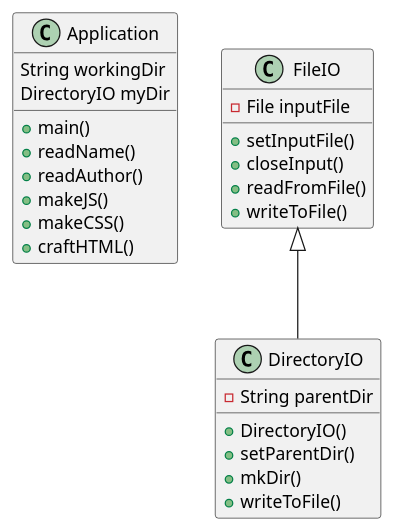
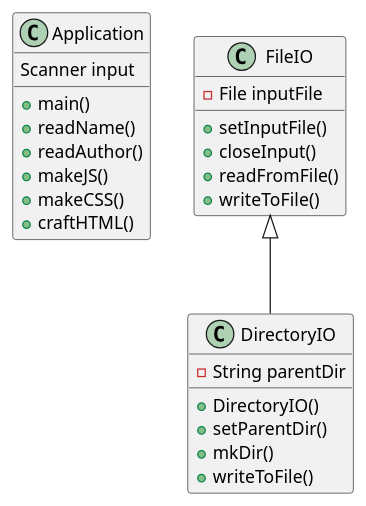
One commit to rharding8/harding-cop3330-assignment3 changed the diagram in src/main/java/ex43/base/ex43.puml. Above: the diagram before and after it, drawn with PlantUML. The commit also changed 26 other files, not shown here.

```diff
--- a/src/main/java/ex43/base/ex43.puml
+++ b/src/main/java/ex43/base/ex43.puml
@@ -1,33 +1,32 @@
 @startuml
 'https://plantuml.com/class-diagram
 
 class Application {
-    String workingDir
-    DirectoryIO myDir
+    Scanner input
     +main()
     +readName()
     +readAuthor()
     +makeJS()
     +makeCSS()
     +craftHTML()
 }
 
 class FileIO {
     -File inputFile
     +setInputFile()
     +closeInput()
     +readFromFile()
     +writeToFile()
 }
 
 class DirectoryIO {
     -String parentDir
     +DirectoryIO()
     +setParentDir()
     +mkDir()
     +writeToFile()
 }
 
 FileIO <|-- DirectoryIO
 
 @enduml
```
